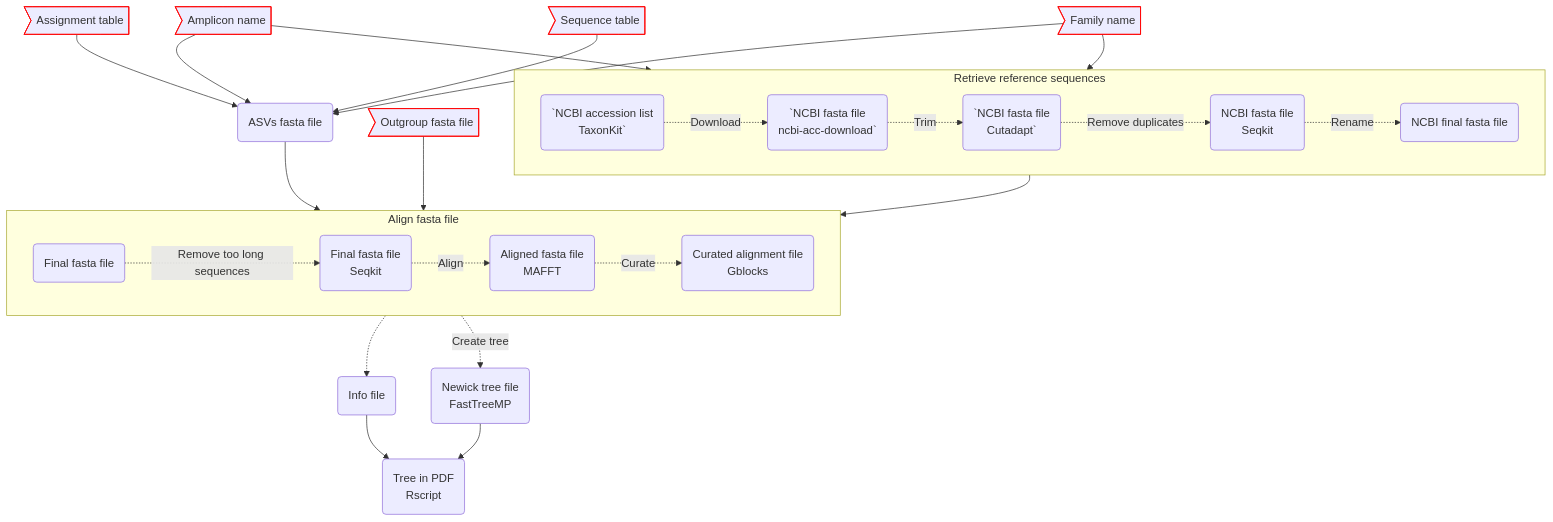
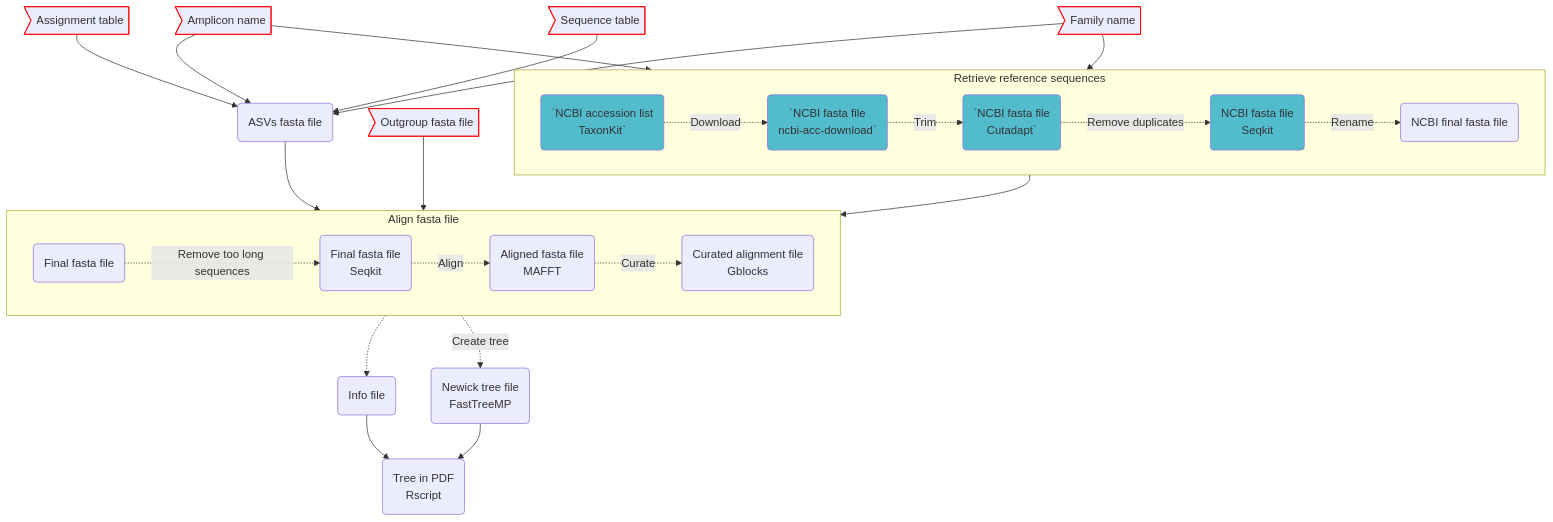
Before and after one commit to Enorya/Phylo-tree_eDNA: the diagram in README.md, drawn with Mermaid.

````diff
--- a/README.md
+++ b/README.md
@@ -20,47 +20,48 @@
 ```mermaid
 flowchart TB
 	amplicon>Amplicon name]
 	family>Family name]
 	Assign>Assignment table]
 	Seq>Sequence table]
 	Out>Outgroup fasta file]
 	step1(`NCBI accession list
 TaxonKit`)
 	step2(`NCBI fasta file
 ncbi-acc-download`)
 	step3(`NCBI fasta file
 Cutadapt`)
 	step4(NCBI fasta file
 Seqkit)
 	step5(NCBI final fasta file)
 	step6(ASVs fasta file)
 	step7(Final fasta file)
 	step8(Final fasta file
 Seqkit)
 	step9(Aligned fasta file
 MAFFT)
 	step10(Curated alignment file
 Gblocks)
 	step11(Newick tree file
 FastTreeMP)
 	step12(Info file)
 	step13(Tree in PDF
 Rscript)
 
 	subgraph "Retrieve reference sequences"
 		direction LR
-        	step1 -.->|Download| step2 -.->|Trim| step3 -.->|Remove duplicates| step4 -.->|Rename| step5
+        	step1:::blue -.->|Download| step2:::blue -.->|Trim| step3:::blue -.->|Remove duplicates| step4:::blue -.->|Rename| step5
 	end
 	subgraph "Align fasta file"
 		direction LR
         	step7 -.->|Remove too long sequences| step8 -.->|Align| step9 -.->|Curate| step10
 	end
 	amplicon:::red --> step1
 	family:::red --> step1
 	amplicon:::red & Assign:::red & Seq:::red & family:::red --> step6
 	step5 & Out:::red & step6 --> step7
 	step10 -.-> step12 --> step13
 	step10 -.->|Create tree| step11 --> step13
 	classDef red stroke:#f00
+	classDef blue fill:#52bccc
 
 ```
````
